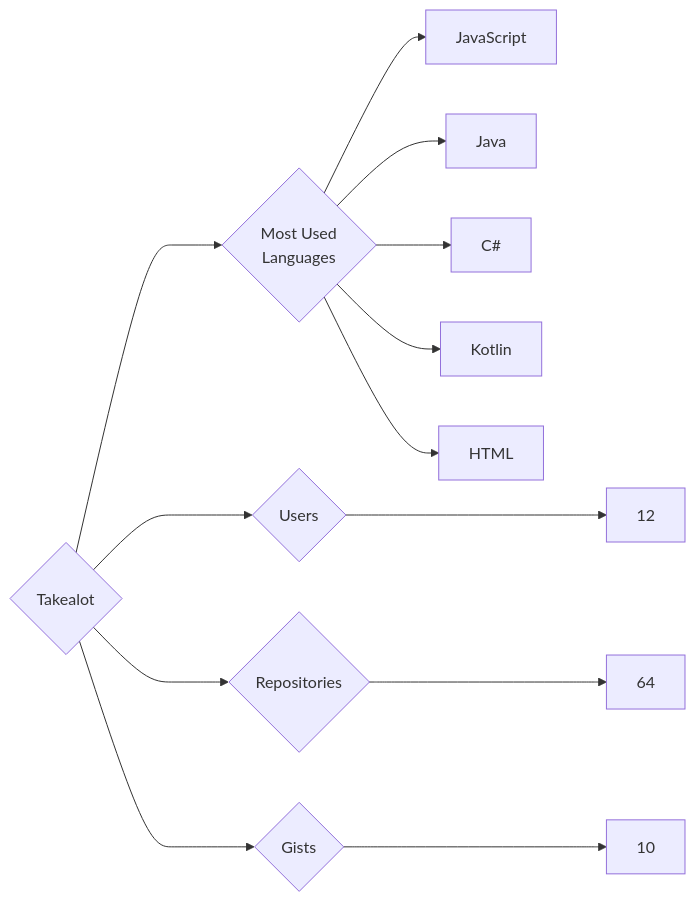
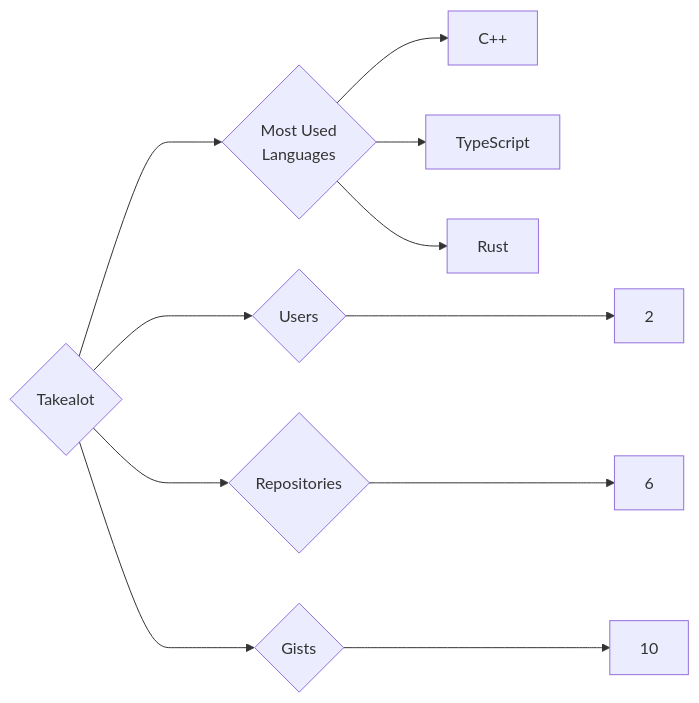
One commit to trickest/insiders changed the diagram in targets/Takealot/README.md. Above: the diagram before and after it, drawn with Mermaid. The commit also changed 823 other files, not shown here.

````diff
--- a/targets/Takealot/README.md
+++ b/targets/Takealot/README.md
@@ -3,13 +3,11 @@
 ```mermaid
 graph LR
 COMPANY_NAME{Takealot}
-COMPANY_NAME ---> U{Users} ---> UN[12]
-COMPANY_NAME ---> R{Repositories} ---> RN[64]
+COMPANY_NAME ---> U{Users} ---> UN[2]
+COMPANY_NAME ---> R{Repositories} ---> RN[6]
 COMPANY_NAME ---> G{Gists} ---> GN[10]
 COMPANY_NAME ---> ML{Most Used<br>Languages}
-ML --> JavaScript[JavaScript]
-ML --> Java[Java]
-ML --> C#[C#]
-ML --> Kotlin[Kotlin]
-ML --> HTML[HTML]
+ML --> C++[C++]
+ML --> TypeScript[TypeScript]
+ML --> Rust[Rust]
 ```
````
